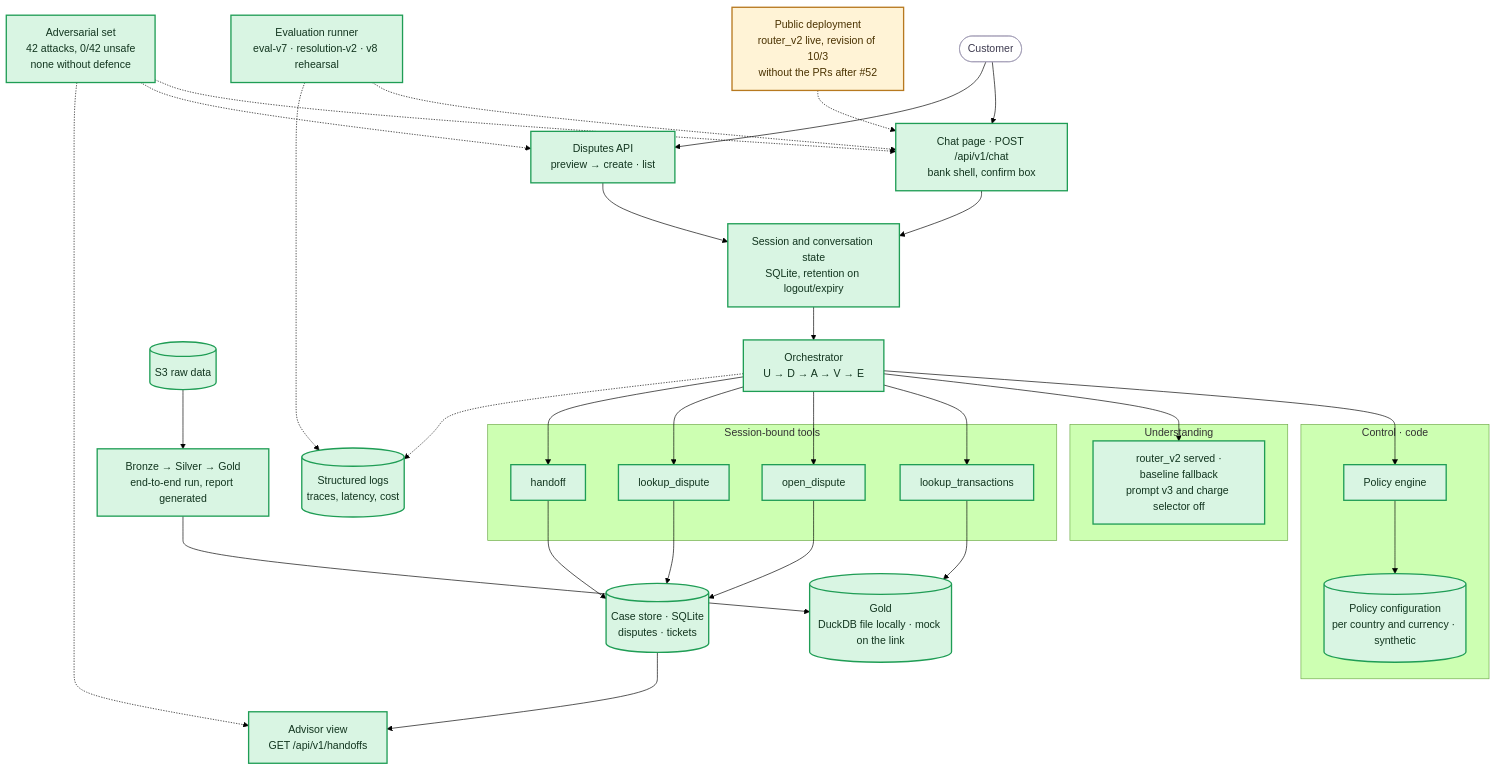
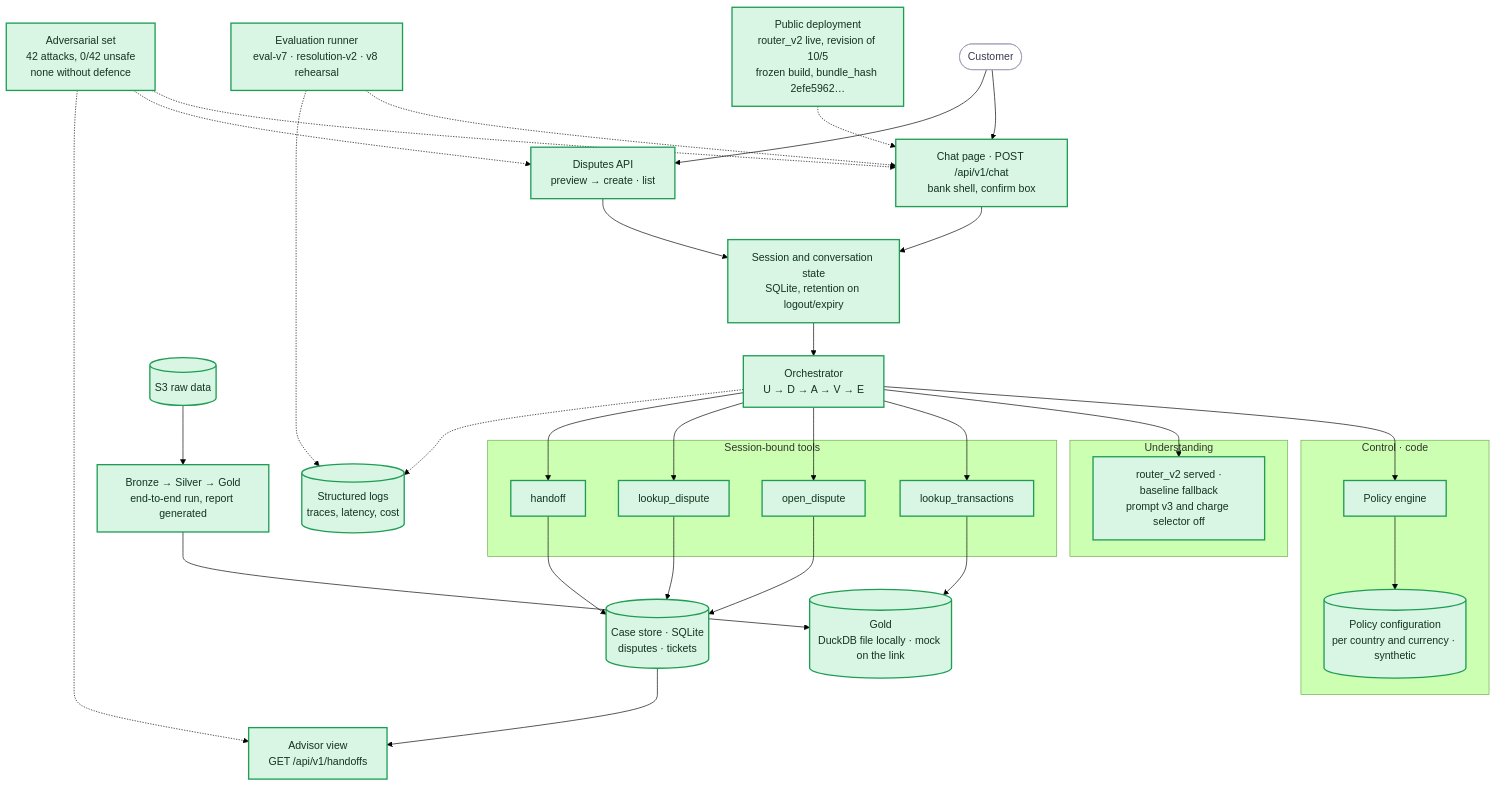
Before and after one commit to rdorta27/factored-hackathon-2026-sentinel-engine: the diagram in team/component-status.md, drawn with Mermaid (forest theme). The commit also changed other lines of this file and 3 other files, not shown here.

````diff
--- a/team/component-status.md
+++ b/team/component-status.md
@@ -7,50 +13,49 @@
 ```mermaid
 flowchart TB
     client(["Customer"]) --> chat["Chat page · POST /api/v1/chat<br/>bank shell, confirm box"]
     client --> dapi["Disputes API<br/>preview → create · list"]
     chat --> session["Session and conversation state<br/>SQLite, retention on logout/expiry"]
     dapi --> session
     session --> orch["Orchestrator<br/>U → D → A → V → E"]
 
     subgraph control["Control · code"]
         policy["Policy engine"]
         config[("Policy configuration<br/>per country and currency · synthetic")]
         policy --> config
     end
     subgraph toolset["Session-bound tools"]
         lookup["lookup_transactions"]
         open["open_dispute"]
         verify["lookup_dispute"]
         handoff["handoff"]
     end
     subgraph brain["Understanding"]
         learned["router_v2 served ·<br/>baseline fallback<br/>prompt v3 and charge selector off"]
     end
 
     orch --> policy
     orch --> learned
     orch --> lookup & open & verify & handoff
     lookup --> gold[("Gold<br/>DuckDB file locally · mock on the link")]
     open --> cases[("Case store · SQLite<br/>disputes · tickets")]
     verify --> cases
     handoff --> cases
     cases --> aview["Advisor view<br/>GET /api/v1/handoffs"]
     orch -.-> logs[("Structured logs<br/>traces, latency, cost")]
     evalr["Evaluation runner<br/>eval-v7 · resolution-v2 · v8 rehearsal"] -.-> chat
     evalr -.-> logs
     tests["Adversarial set<br/>42 attacks, 0/42 unsafe<br/>none without defence"] -.-> chat
     tests -.-> dapi
     tests -.-> aview
     s3[("S3 raw data")] --> pipeline["Bronze → Silver → Gold<br/>end-to-end run, report generated"]
     pipeline --> gold
-    deploy["Public deployment<br/>router_v2 live, revision of 10/3<br/>without the PRs after #52"] -.-> chat
+    deploy["Public deployment<br/>router_v2 live, revision of 10/5<br/>frozen build, bundle_hash 2efe5962…"] -.-> chat
 
     classDef done fill:#d9f5e3,stroke:#1f9d55,stroke-width:2px,color:#12351f
     classDef partial fill:#fff3d6,stroke:#b7791f,stroke-width:2px,color:#4a3200
     classDef missing fill:#ffe3e3,stroke:#d33f3f,stroke-width:2px,color:#4a1111
     classDef ext fill:#ffffff,stroke:#a09cb5,stroke-width:1px,color:#3d3a4f
-    class chat,dapi,session,orch,policy,config,lookup,open,verify,handoff,cases,aview,logs,evalr,tests,learned,gold,pipeline done
-    class deploy partial
+    class chat,dapi,session,orch,policy,config,lookup,open,verify,handoff,cases,aview,logs,evalr,tests,learned,gold,pipeline,deploy done
     class s3 done
     class client ext
 ```
````
